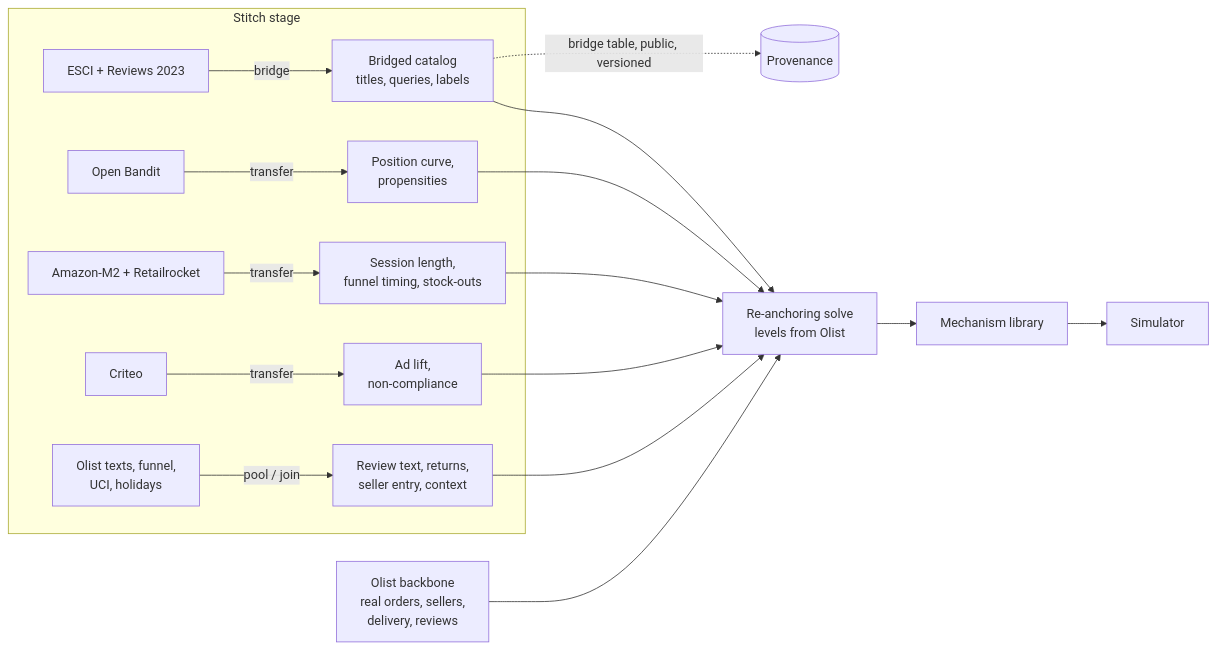
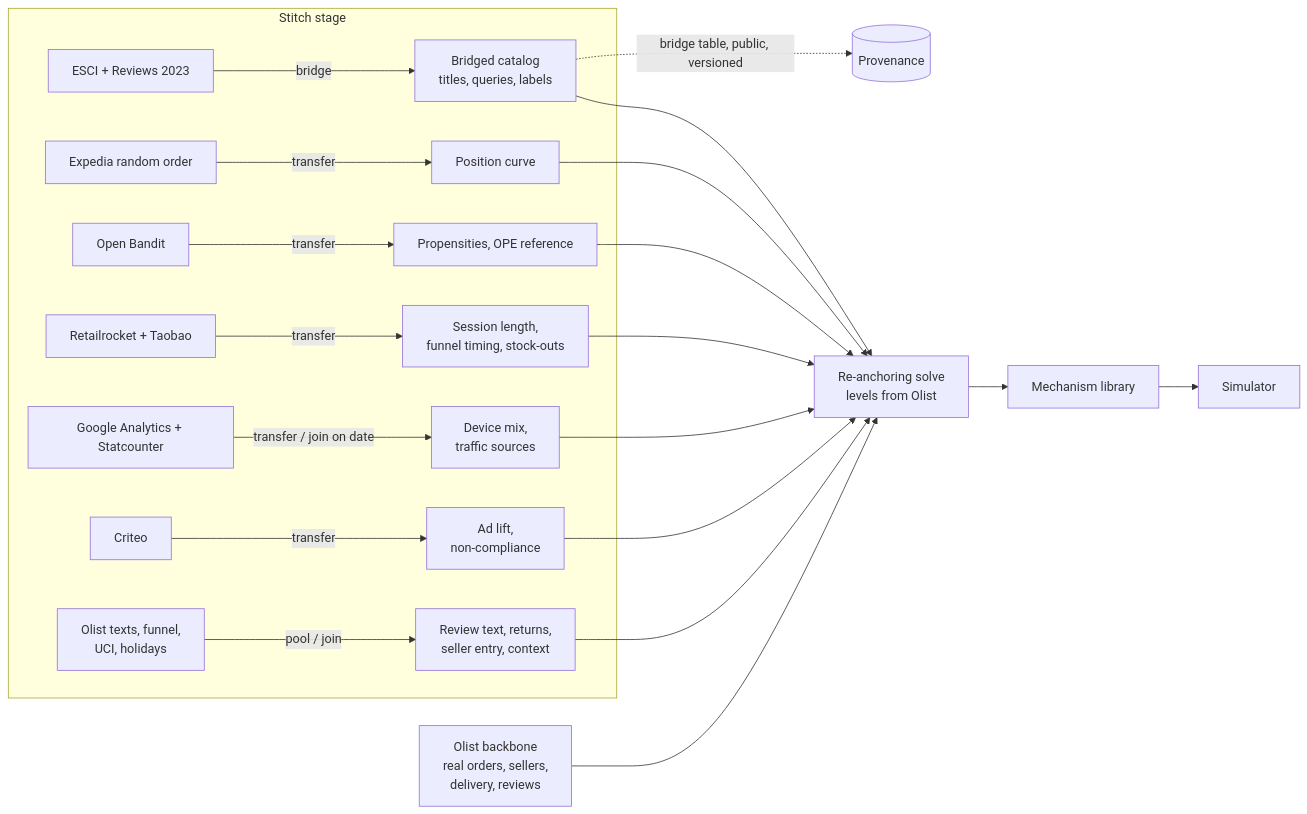
The first of 7 diagrams in docs/ARCHITECTURE.md (msverma101/marketplace-recon), drawn with Mermaid before and after one commit. The commit also changed other lines of this file and 4 other files, not shown here.

First line of the commit message:
Sync docs to the plan: stitching table generated from the diagram rows, status banners, overview diagram, legacy note on engine.py

````diff
--- a/docs/ARCHITECTURE.md
+++ b/docs/ARCHITECTURE.md
@@ -358,14 +386,16 @@
 ```mermaid
 flowchart LR
   OL[Olist backbone<br/>real orders, sellers,<br/>delivery, reviews] --> AN[Re-anchoring solve<br/>levels from Olist]
   subgraph Stitch[Stitch stage]
     ESCI[ESCI + Reviews 2023] -->|bridge| CAT[Bridged catalog<br/>titles, queries, labels]
-    OB[Open Bandit] -->|transfer| POS[Position curve,<br/>propensities]
-    M2[Amazon-M2 + Retailrocket] -->|transfer| SES[Session length,<br/>funnel timing, stock-outs]
+    EX[Expedia random order] -->|transfer| POS[Position curve]
+    OB[Open Bandit] -->|transfer| PROP[Propensities, OPE reference]
+    RR[Retailrocket + Taobao] -->|transfer| SES[Session length,<br/>funnel timing, stock-outs]
+    GA[Google Analytics + Statcounter] -->|transfer / join on date| DEV[Device mix,<br/>traffic sources]
     CR[Criteo] -->|transfer| ADS[Ad lift,<br/>non-compliance]
     OT[Olist texts, funnel,<br/>UCI, holidays] -->|pool / join| MISC[Review text, returns,<br/>seller entry, context]
   end
-  CAT & POS & SES & ADS & MISC --> AN
+  CAT & POS & PROP & SES & DEV & ADS & MISC --> AN
   AN --> MLIB[Mechanism library] --> SIM[Simulator]
   CAT -. bridge table, public, versioned .-> PROV[(Provenance)]
 ```
````
